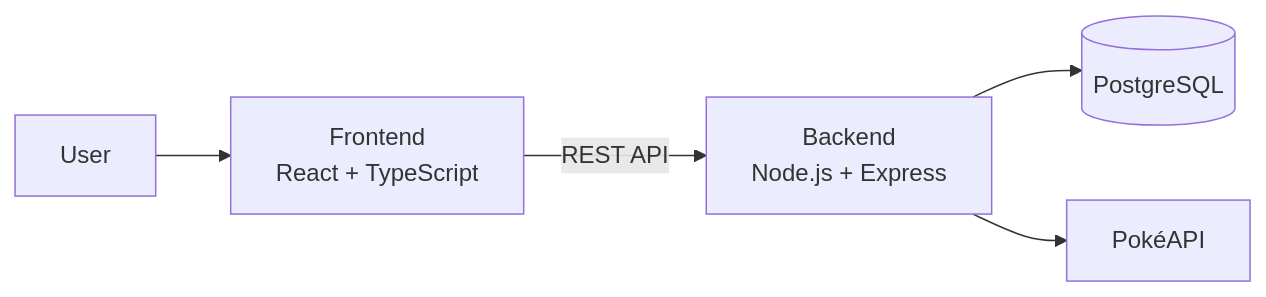
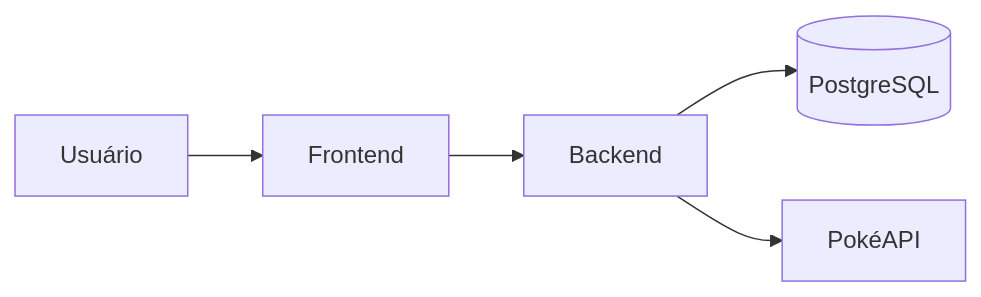
One commit to AlissonAlves-Dev/pokedex-manager changed the diagram in docs/architecture.md. Above: the diagram before and after it, drawn with Mermaid. The commit also changed other lines of this file and 11 other files, not shown here.

````diff
--- a/docs/architecture.md
+++ b/docs/architecture.md
@@ -79,21 +592,13 @@
 ```mermaid
 flowchart LR
-
-    U[User]
-
-    F[Frontend<br/>React + TypeScript]
-
-    B[Backend<br/>Node.js + Express]
-
+    U[Usuário]
+    F[Frontend]
+    B[Backend]
     DB[(PostgreSQL)]
-
-    API[PokéAPI]
+    P[PokéAPI]
 
     U --> F
-
-    F -->|REST API| B
-
+    F --> B
     B --> DB
-
-    B --> API
+    B --> P
 ```
````
